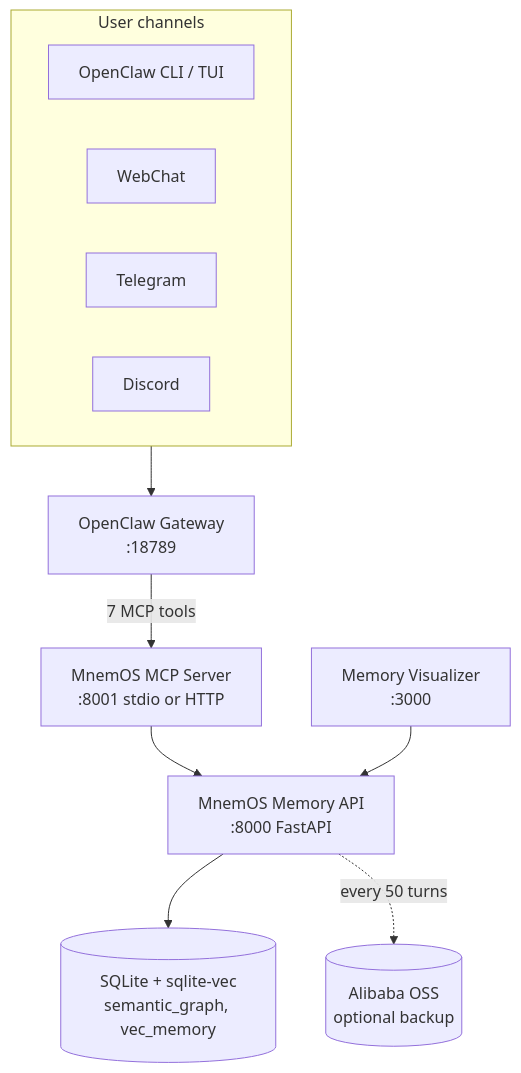
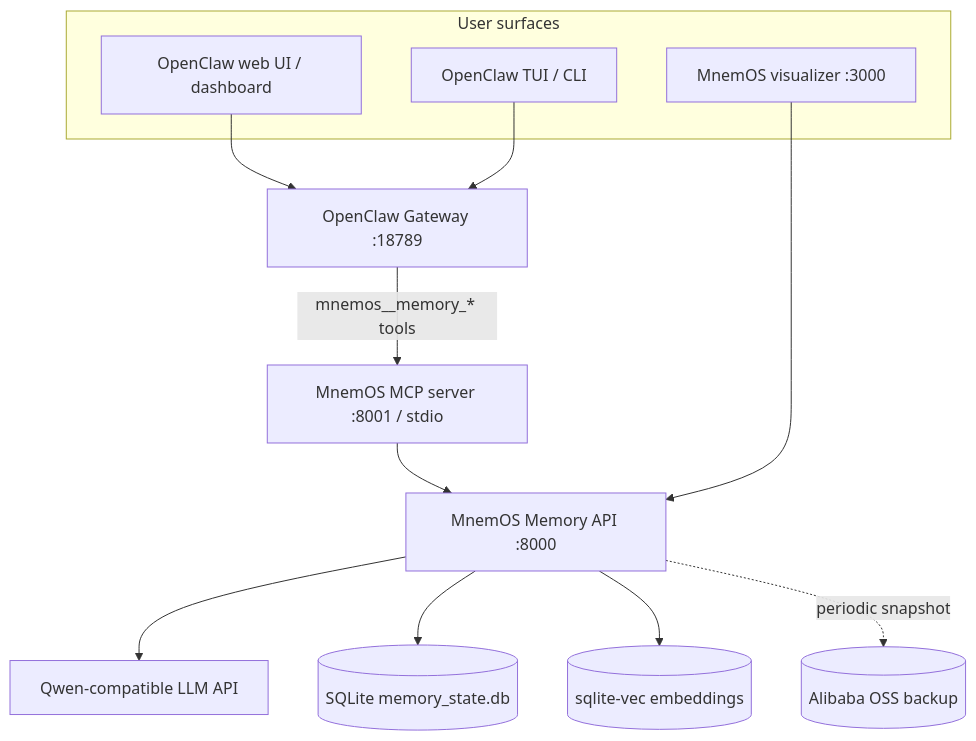
Before and after one commit to crankysmh47/MnemAgent: the first of 4 diagrams in README.md, drawn with Mermaid. The commit also changed other lines of this file and 4 other files, not shown here.

````diff
--- a/README.md
+++ b/README.md
@@ -64,23 +95,26 @@
 ```mermaid
 flowchart TB
-  subgraph Channels["User channels"]
-    CLI["OpenClaw CLI / TUI"]
-    WEB["WebChat"]
-    TG["Telegram"]
-    DC["Discord"]
+  subgraph UserSurfaces["User surfaces"]
+    OCWEB["OpenClaw web UI / dashboard"]
+    OCTUI["OpenClaw TUI / CLI"]
+    VIZ["MnemOS visualizer :3000"]
   end
 
-  GW["OpenClaw Gateway\n:18789"]
-  MCP["MnemOS MCP Server\n:8001 stdio or HTTP"]
-  API["MnemOS Memory API\n:8000 FastAPI"]
-  VIZ["Memory Visualizer\n:3000"]
-  DB[("SQLite + sqlite-vec\nsemantic_graph, vec_memory")]
-  OSS[("Alibaba OSS\noptional backup")]
+  GW["OpenClaw Gateway :18789"]
+  MCP["MnemOS MCP server :8001 / stdio"]
+  API["MnemOS Memory API :8000"]
+  QWEN["Qwen-compatible LLM API"]
+  DB[("SQLite memory_state.db")]
+  VEC[("sqlite-vec embeddings")]
+  OSS[("Alibaba OSS backup")]
 
-  Channels --> GW
-  GW -->|"7 MCP tools"| MCP
+  OCWEB --> GW
+  OCTUI --> GW
+  GW -->|"mnemos__memory_* tools"| MCP
   MCP --> API
   VIZ --> API
+  API --> QWEN
   API --> DB
-  API -.->|"every 50 turns"| OSS
+  API --> VEC
+  API -. periodic snapshot .-> OSS
 ```
````
